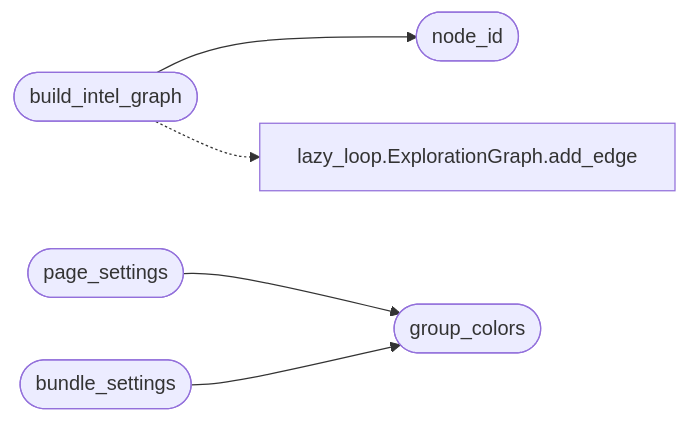
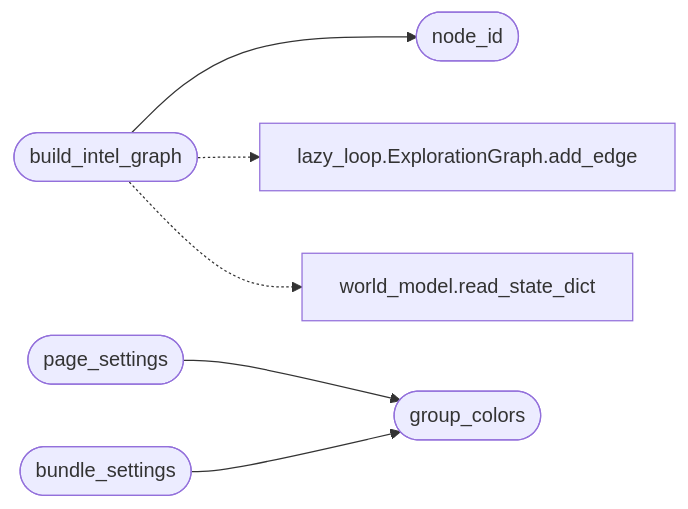
One commit to grisuno/LazyOwn changed the diagram in readmenator-apidocs/modules/modules.intel_fusion.py.md. Above: the diagram before and after it, drawn with Mermaid. The commit also changed other lines of this file and 496 other files, not shown here.

First line of the commit message:
test: A mediator architecture is implemented with a safety harness inspired by Apollo 11.

````diff
--- a/readmenator-apidocs/modules/modules.intel_fusion.py.md
+++ b/readmenator-apidocs/modules/modules.intel_fusion.py.md
@@ -31,13 +31,15 @@
 ```mermaid
 flowchart LR
     n_modules_intel_fusion_py__build_intel_graph(["build_intel_graph"])
     n_modules_intel_fusion_py__node_id(["node_id"])
     n_modules_intel_fusion_py__page_settings(["page_settings"])
     n_modules_intel_fusion_py__group_colors(["group_colors"])
     n_modules_intel_fusion_py__bundle_settings(["bundle_settings"])
     n_modules_lazy_loop_py__ExplorationGraph_add_edge["lazy_loop.ExplorationGraph.add_edge"]
+    n_modules_world_model_py__read_state_dict["world_model.read_state_dict"]
     n_modules_intel_fusion_py__build_intel_graph --> n_modules_intel_fusion_py__node_id
     n_modules_intel_fusion_py__page_settings --> n_modules_intel_fusion_py__group_colors
     n_modules_intel_fusion_py__bundle_settings --> n_modules_intel_fusion_py__group_colors
     n_modules_intel_fusion_py__build_intel_graph -.-> n_modules_lazy_loop_py__ExplorationGraph_add_edge
+    n_modules_intel_fusion_py__build_intel_graph -.-> n_modules_world_model_py__read_state_dict
 ```
````
